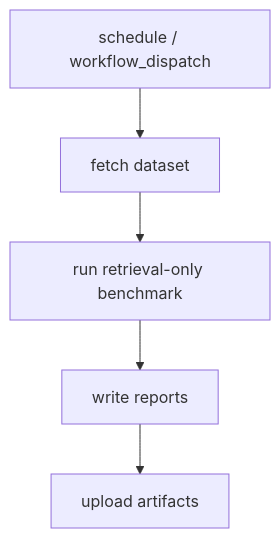
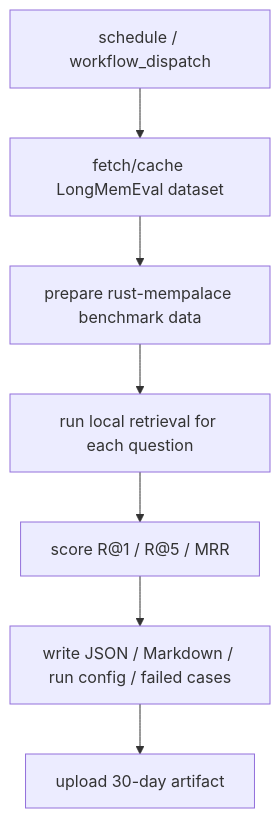
The diagram in docs/specs/longmemeval-auto/design.md (6tizer/wiki-mempalace), drawn with Mermaid before and after one commit. The commit also changed other lines of this file and 15 other files, not shown here.

````diff
--- a/docs/specs/longmemeval-auto/design.md
+++ b/docs/specs/longmemeval-auto/design.md
@@ -14,7 +42,9 @@
 ```mermaid
 flowchart TD
-    A["schedule / workflow_dispatch"] --> B["fetch dataset"]
-    B --> C["run retrieval-only benchmark"]
-    C --> D["write reports"]
-    D --> E["upload artifacts"]
+    A["schedule / workflow_dispatch"] --> B["fetch/cache LongMemEval dataset"]
+    B --> C["prepare rust-mempalace benchmark data"]
+    C --> D["run local retrieval for each question"]
+    D --> E["score R@1 / R@5 / MRR"]
+    E --> F["write JSON / Markdown / run config / failed cases"]
+    F --> G["upload 30-day artifact"]
 ```
````
